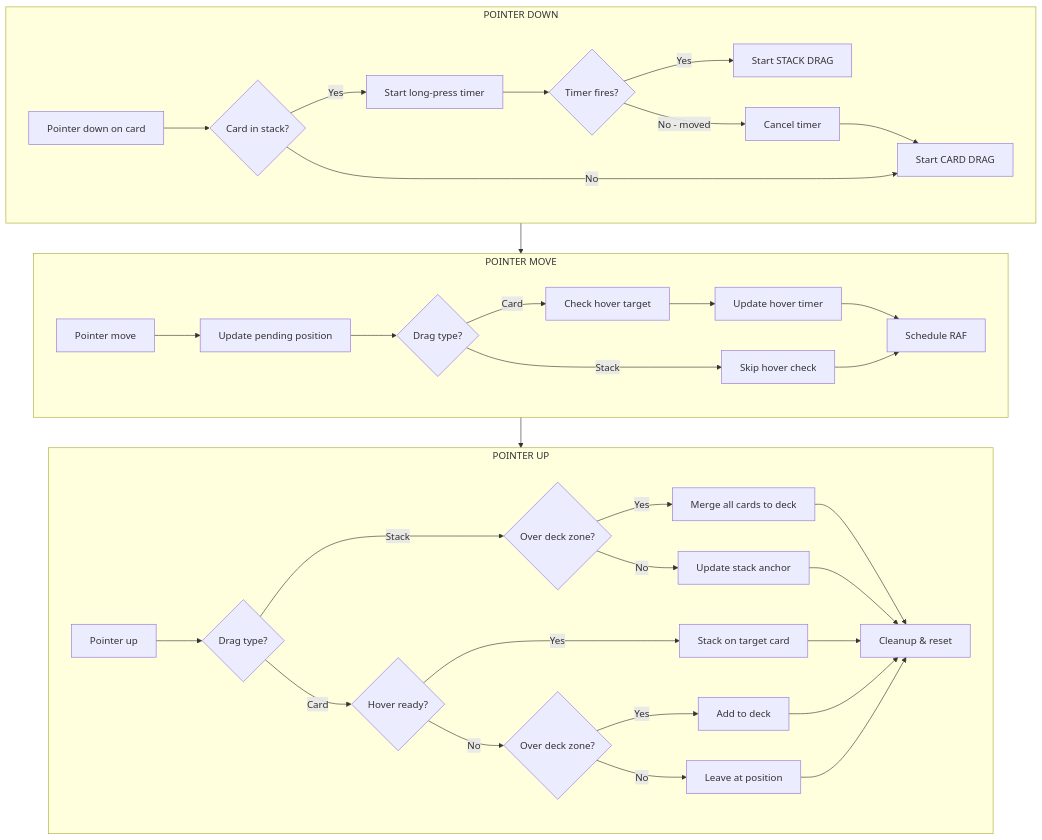
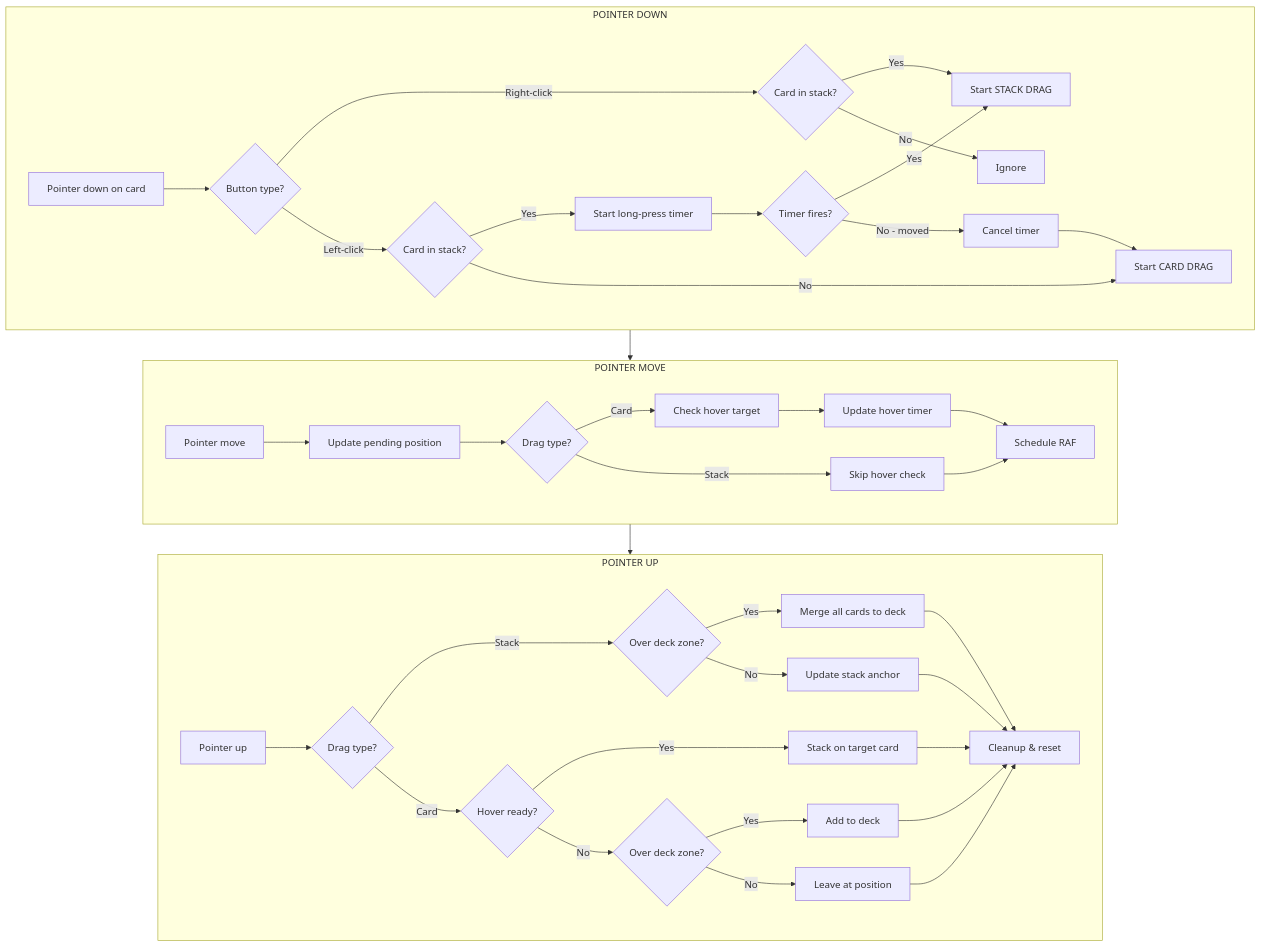
The diagram in docs/SPEC.md (f0ursqu4r3/cardz), drawn with Mermaid before and after one commit. The commit also changed other lines of this file and 3 other files, not shown here.

Commit message:
feat: enhance card interaction methods with right-click stack drag and context menu prevention

````diff
--- a/docs/SPEC.md
+++ b/docs/SPEC.md
@@ -149,42 +158,46 @@
 ```mermaid
 flowchart TD
     subgraph DOWN["POINTER DOWN"]
-        D1[Pointer down on card] --> D2{Card in stack?}
-        D2 -->|Yes| D3[Start long-press timer]
-        D2 -->|No| D4[Start CARD DRAG]
-        D3 --> D5{Timer fires?}
-        D5 -->|Yes| D6[Start STACK DRAG]
-        D5 -->|No - moved| D7[Cancel timer]
-        D7 --> D4
+        D1[Pointer down on card] --> D2{Button type?}
+        D2 -->|Right-click| D3{Card in stack?}
+        D3 -->|Yes| D4[Start STACK DRAG]
+        D3 -->|No| D5[Ignore]
+        D2 -->|Left-click| D6{Card in stack?}
+        D6 -->|Yes| D7[Start long-press timer]
+        D6 -->|No| D8[Start CARD DRAG]
+        D7 --> D9{Timer fires?}
+        D9 -->|Yes| D4
+        D9 -->|No - moved| D10[Cancel timer]
+        D10 --> D8
     end
 
     subgraph MOVE["POINTER MOVE"]
         M1[Pointer move] --> M2[Update pending position]
         M2 --> M3{Drag type?}
         M3 -->|Card| M4[Check hover target]
         M4 --> M5[Update hover timer]
         M3 -->|Stack| M6[Skip hover check]
         M5 --> M7[Schedule RAF]
         M6 --> M7
     end
 
     subgraph UP["POINTER UP"]
         U1[Pointer up] --> U2{Drag type?}
         U2 -->|Stack| U3{Over deck zone?}
         U3 -->|Yes| U4[Merge all cards to deck]
         U3 -->|No| U5[Update stack anchor]
         U2 -->|Card| U6{Hover ready?}
         U6 -->|Yes| U7[Stack on target card]
         U6 -->|No| U8{Over deck zone?}
         U8 -->|Yes| U9[Add to deck]
         U8 -->|No| U10[Leave at position]
         U4 --> U11[Cleanup & reset]
         U5 --> U11
         U7 --> U11
         U9 --> U11
         U10 --> U11
     end
 
     DOWN --> MOVE
     MOVE --> UP
 ```
````
